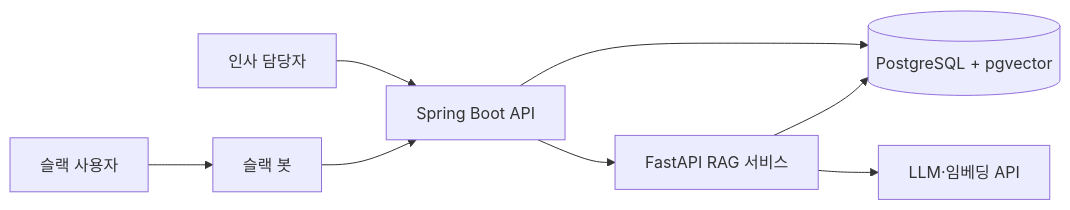
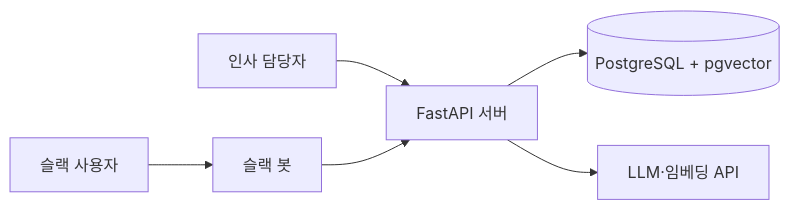
One commit to illusio522/rulecite changed the diagram in docs/02-architecture.md. Above: the diagram before and after it, drawn with Mermaid. The commit also changed other lines of this file and 6 other files, not shown here.

````diff
--- a/docs/02-architecture.md
+++ b/docs/02-architecture.md
@@ -5,10 +5,8 @@
 ```mermaid
 flowchart LR
     U[슬랙 사용자] --> B[슬랙 봇]
-    A[인사 담당자] --> S[Spring Boot API]
+    A[인사 담당자] --> S[FastAPI 서버]
     B --> S
-    S --> R[FastAPI RAG 서비스]
     S --> D[(PostgreSQL + pgvector)]
-    R --> D
-    R --> L[LLM·임베딩 API]
+    S --> L[LLM·임베딩 API]
 ```
````
